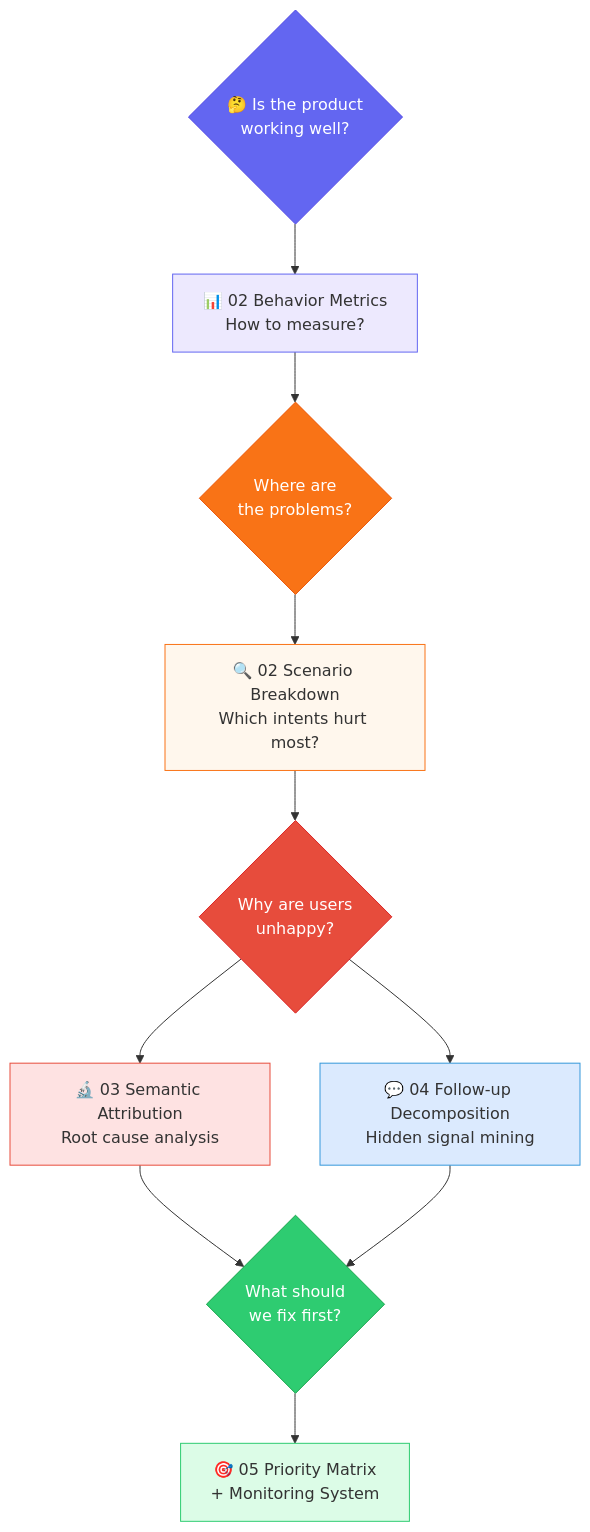
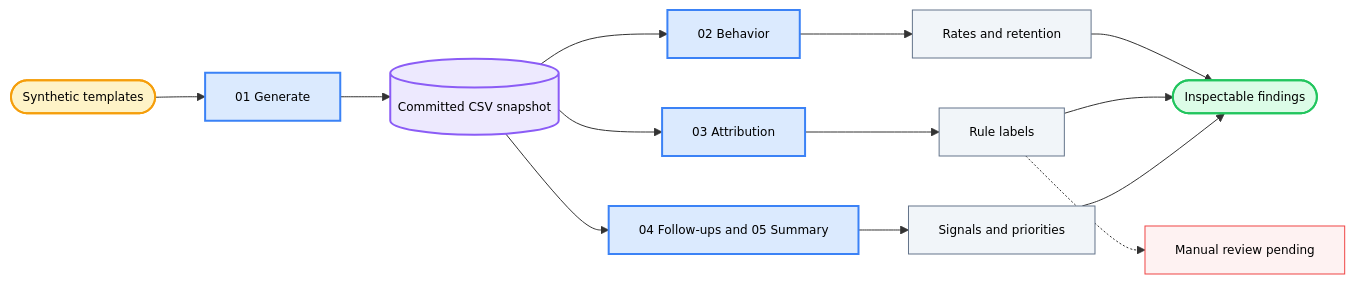
One commit to htchn/ai-chat-analytics changed the diagram in README.md. Above: the diagram before and after it, drawn with Mermaid. The commit also changed other lines of this file and 7 other files, not shown here.

````diff
--- a/README.md
+++ b/README.md
@@ -25,23 +114,21 @@
 ```mermaid
-graph TD
-    Q0{"🤔 Is the product<br/>working well?"}
-    Q0 --> M["📊 02 Behavior Metrics<br/>How to measure?"]
-    M --> Q1{"Where are<br/>the problems?"}
-    Q1 --> S["🔍 02 Scenario Breakdown<br/>Which intents hurt most?"]
-    S --> Q2{"Why are users<br/>unhappy?"}
-    Q2 --> A["🔬 03 Semantic Attribution<br/>Root cause analysis"]
-    Q2 --> F["💬 04 Follow-up Decomposition<br/>Hidden signal mining"]
-    A --> Q3{"What should<br/>we fix first?"}
-    F --> Q3
-    Q3 --> R["🎯 05 Priority Matrix<br/>+ Monitoring System"]
+flowchart LR
+    A([Synthetic templates]) --> B[01 Generate] --> C[(Committed CSV snapshot)]
 
-    style Q0 fill:#6366f1,stroke:#4f46e5,color:#fff
-    style Q1 fill:#f97316,stroke:#ea580c,color:#fff
-    style Q2 fill:#e74c3c,stroke:#dc2626,color:#fff
-    style Q3 fill:#2ecc71,stroke:#16a34a,color:#fff
-    style M fill:#ede9fe,stroke:#6366f1,color:#333
-    style S fill:#fff7ed,stroke:#f97316,color:#333
-    style A fill:#fee2e2,stroke:#e74c3c,color:#333
-    style F fill:#dbeafe,stroke:#3498db,color:#333
-    style R fill:#dcfce7,stroke:#2ecc71,color:#333
+    C --> D[02 Behavior] --> E[Rates and retention] --> L([Inspectable findings])
+    C --> F[03 Attribution] --> G[Rule labels] --> L
+    G -.-> H[Manual review pending]
+    C --> I[04 Follow-ups and 05 Summary] --> J[Signals and priorities] --> L
+
+    style A fill:#FEF3C7,stroke:#F59E0B,stroke-width:2px,color:#000,font-size:12px
+    style B fill:#DBEAFE,stroke:#3B82F6,stroke-width:2px,color:#000,font-size:12px
+    style C fill:#EDE9FE,stroke:#8B5CF6,stroke-width:2px,color:#000,font-size:12px
+    style D fill:#DBEAFE,stroke:#3B82F6,stroke-width:2px,color:#000,font-size:12px
+    style E fill:#F1F5F9,stroke:#64748B,stroke-width:1px,color:#000,font-size:12px
+    style F fill:#DBEAFE,stroke:#3B82F6,stroke-width:2px,color:#000,font-size:12px
+    style G fill:#F1F5F9,stroke:#64748B,stroke-width:1px,color:#000,font-size:12px
+    style H fill:#FEF2F2,stroke:#EF4444,stroke-width:1px,color:#000,font-size:12px
+    style I fill:#DBEAFE,stroke:#3B82F6,stroke-width:2px,color:#000,font-size:12px
+    style J fill:#F1F5F9,stroke:#64748B,stroke-width:1px,color:#000,font-size:12px
+    style L fill:#DCFCE7,stroke:#22C55E,stroke-width:2px,color:#000,font-size:12px
 ```
````
